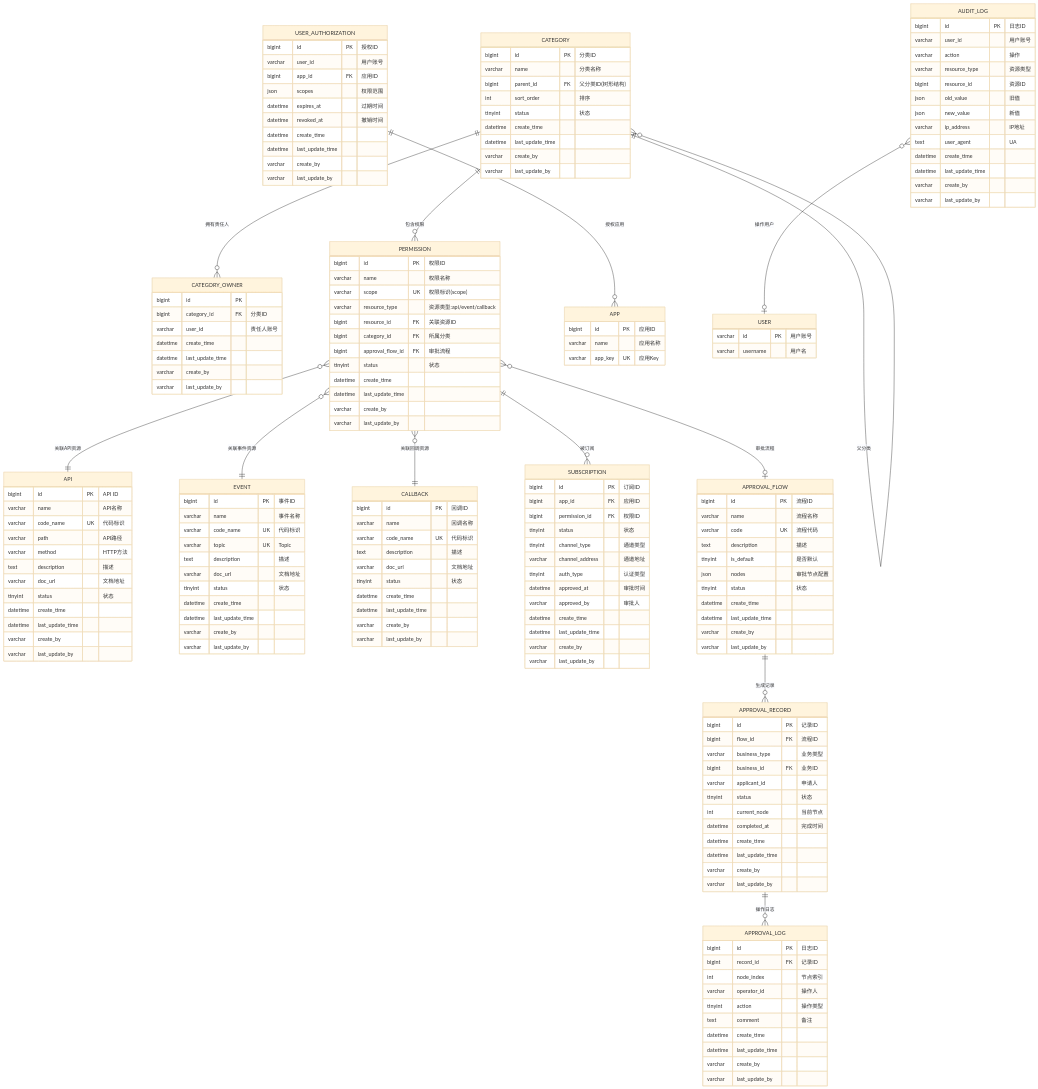
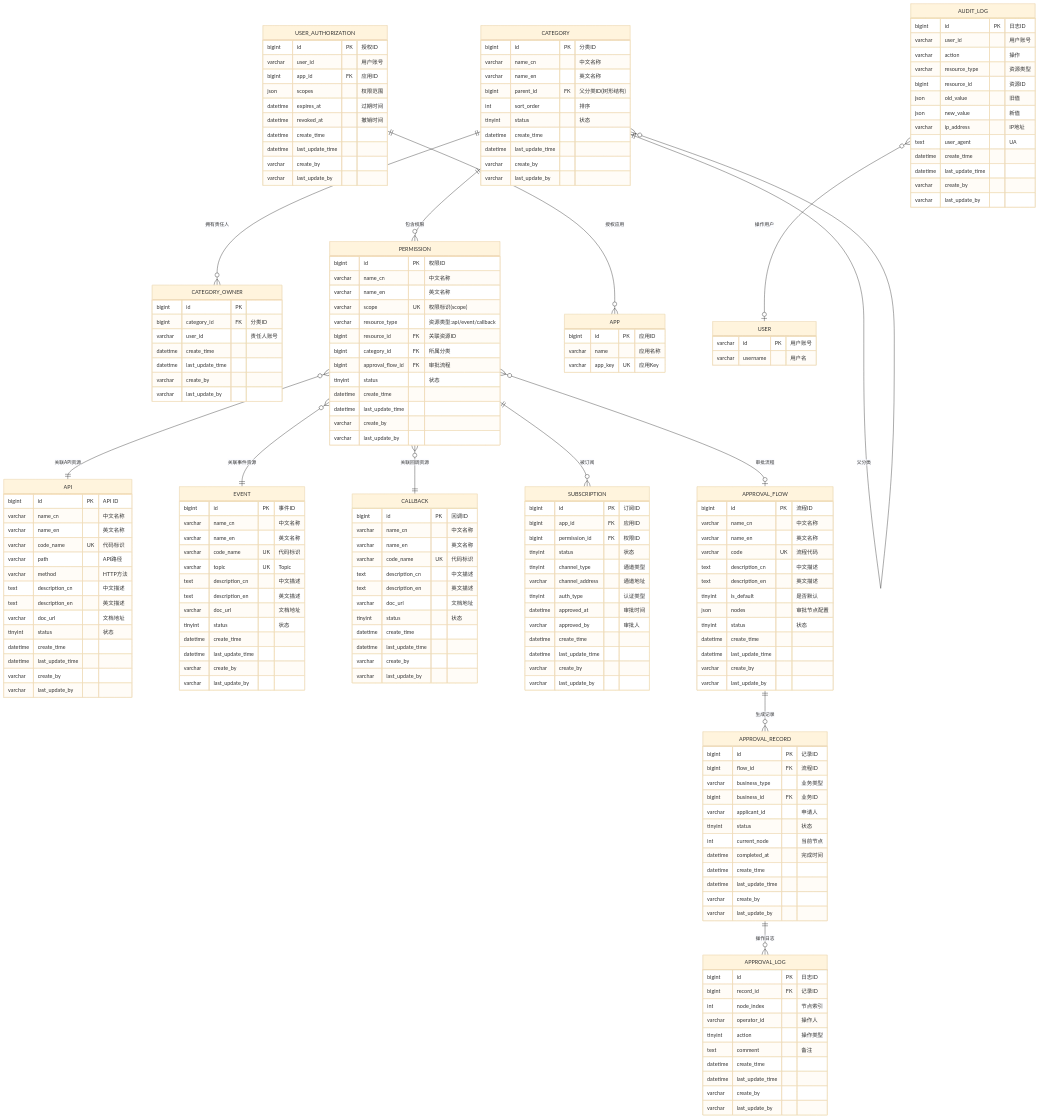
One commit to THZSummer/open-app changed the sixth of 6 diagrams in .sddu/specs-tree-root/specs-tree-capability-open-platform/plan.md. Above: the diagram before and after it, drawn with Mermaid (base theme). The commit also changed other lines of this file, not shown here.

```diff
--- a/.sddu/specs-tree-root/specs-tree-capability-open-platform/plan.md
+++ b/.sddu/specs-tree-root/specs-tree-capability-open-platform/plan.md
@@ -600,7 +600,8 @@
 
     CATEGORY {
         bigint id PK "分类ID"
-        varchar name "分类名称"
+        varchar name_cn "中文名称"
+        varchar name_en "英文名称"
         bigint parent_id FK "父分类ID(树形结构)"
         int sort_order "排序"
         tinyint status "状态"
@@ -622,7 +623,8 @@
     
     PERMISSION {
         bigint id PK "权限ID"
-        varchar name "权限名称"
+        varchar name_cn "中文名称"
+        varchar name_en "英文名称"
         varchar scope UK "权限标识(scope)"
         varchar resource_type "资源类型:api/event/callback"
         bigint resource_id FK "关联资源ID"
@@ -637,11 +639,13 @@
     
     API {
         bigint id PK "API ID"
-        varchar name "API名称"
+        varchar name_cn "中文名称"
+        varchar name_en "英文名称"
         varchar code_name UK "代码标识"
         varchar path "API路径"
         varchar method "HTTP方法"
-        text description "描述"
+        text description_cn "中文描述"
+        text description_en "英文描述"
         varchar doc_url "文档地址"
         tinyint status "状态"
         datetime create_time
@@ -652,10 +656,12 @@
     
     EVENT {
         bigint id PK "事件ID"
-        varchar name "事件名称"
+        varchar name_cn "中文名称"
+        varchar name_en "英文名称"
         varchar code_name UK "代码标识"
         varchar topic UK "Topic"
-        text description "描述"
+        text description_cn "中文描述"
+        text description_en "英文描述"
         varchar doc_url "文档地址"
         tinyint status "状态"
         datetime create_time
@@ -666,9 +672,11 @@
     
     CALLBACK {
         bigint id PK "回调ID"
-        varchar name "回调名称"
+        varchar name_cn "中文名称"
+        varchar name_en "英文名称"
         varchar code_name UK "代码标识"
-        text description "描述"
+        text description_cn "中文描述"
+        text description_en "英文描述"
         varchar doc_url "文档地址"
         tinyint status "状态"
         datetime create_time
@@ -695,9 +703,11 @@
     
     APPROVAL_FLOW {
         bigint id PK "流程ID"
-        varchar name "流程名称"
+        varchar name_cn "中文名称"
+        varchar name_en "英文名称"
         varchar code UK "流程代码"
-        text description "描述"
+        text description_cn "中文描述"
+        text description_en "英文描述"
         tinyint is_default "是否默认"
         json nodes "审批节点配置"
         tinyint status "状态"
```
